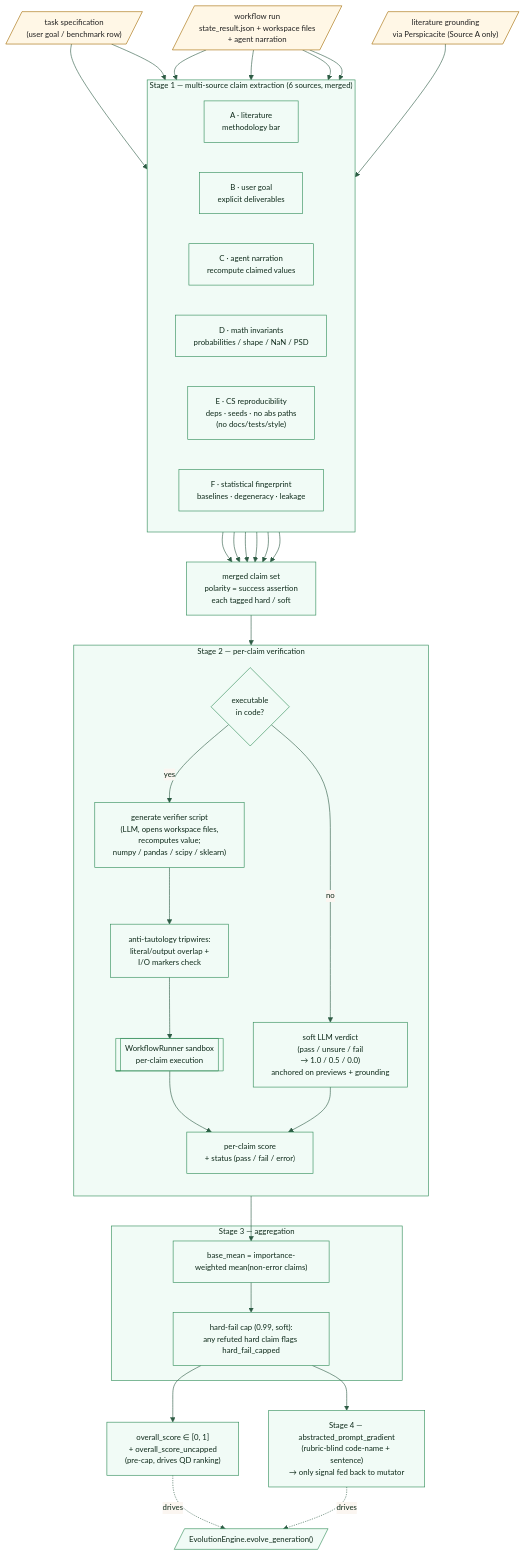
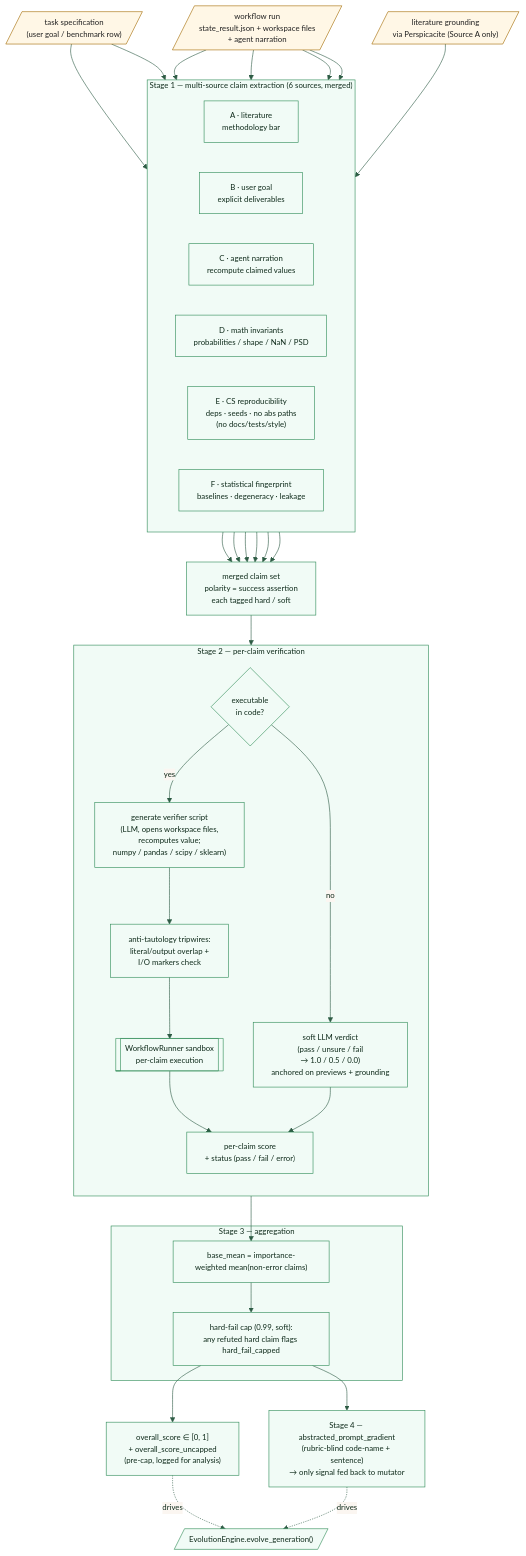
One commit to HolobiomicsLab/Mimosa-AI changed the diagram in docs/diagrams/verifiers_judge.mermaid. Above: the diagram before and after it, drawn with Mermaid. The commit also changed 89 other files, not shown here.

```diff
--- a/docs/diagrams/verifiers_judge.mermaid
+++ b/docs/diagrams/verifiers_judge.mermaid
@@ -1,78 +1,78 @@
 %%{init: {"theme": "base", "themeVariables": {
   "primaryColor": "#F1FBF6",
   "primaryBorderColor": "#2E8B57",
   "primaryTextColor": "#0E2A1A",
   "lineColor": "#2E5C45",
   "fontSize": "13px"
 }} }%%
 flowchart TB
     %% ===== inputs =====
     Run[/"workflow run<br/>state_result.json + workspace files<br/>+ agent narration"/]
     TaskSpec[/"task specification<br/>(user goal / benchmark row)"/]
     Lit[/"literature grounding<br/>via Perspicacite (Source A only)"/]
 
     %% ===== Stage 1: multi-source claim extraction =====
     subgraph Extract["Stage 1 — multi-source claim extraction (6 sources, merged)"]
         direction LR
         SA["A · literature<br/>methodology bar"]
         SB["B · user goal<br/>explicit deliverables"]
         SC["C · agent narration<br/>recompute claimed values"]
         SD["D · math invariants<br/>probabilities / shape / NaN / PSD"]
         SE["E · CS reproducibility<br/>deps · seeds · no abs paths<br/>(no docs/tests/style)"]
         SF["F · statistical fingerprint<br/>baselines · degeneracy · leakage"]
     end
     TaskSpec --> SA
     TaskSpec --> SB
     Run --> SC
     Run --> SD
     Run --> SE
     Run --> SF
     Lit --> SA
 
     Claims["merged claim set<br/>polarity = success assertion<br/>each tagged hard / soft"]
     SA --> Claims
     SB --> Claims
     SC --> Claims
     SD --> Claims
     SE --> Claims
     SF --> Claims
 
     %% ===== Stage 2: per-claim verification =====
     subgraph Pipeline["Stage 2 — per-claim verification"]
         direction TB
         Classify{"executable<br/>in code?"}
         GenScript["generate verifier script<br/>(LLM, opens workspace files,<br/>recomputes value;<br/>numpy / pandas / scipy / sklearn)"]
         AntiTaut["anti-tautology tripwires:<br/>literal/output overlap +<br/>I/O markers check"]
         Sandbox[["WorkflowRunner sandbox<br/>per-claim execution"]]
         Soft["soft LLM verdict<br/>(pass / unsure / fail<br/>→ 1.0 / 0.5 / 0.0)<br/>anchored on previews + grounding"]
         ScoreClaim["per-claim score<br/>+ status (pass / fail / error)"]
     end
 
     Claims --> Classify
     Classify -- yes --> GenScript
     GenScript --> AntiTaut
     AntiTaut --> Sandbox
     Sandbox --> ScoreClaim
     Classify -- no --> Soft
     Soft --> ScoreClaim
 
     %% ===== Stage 3: aggregation =====
     subgraph Aggregate["Stage 3 — aggregation"]
         Mean["base_mean = importance-weighted mean(non-error claims)"]
         Cap["hard-fail cap (0.99, soft):<br/>any refuted hard claim flags hard_fail_capped"]
     end
 
     ScoreClaim --> Mean
     Mean --> Cap
 
     %% ===== Stage 4: abstracted prompt gradient =====
-    Cap --> Overall["overall_score ∈ [0, 1]<br/>+ overall_score_uncapped<br/>(pre-cap, drives QD ranking)"]
+    Cap --> Overall["overall_score ∈ [0, 1]<br/>+ overall_score_uncapped<br/>(pre-cap, logged for analysis)"]
     Cap --> Diag["Stage 4 — abstracted_prompt_gradient<br/>(rubric-blind code-name + sentence)<br/>→ only signal fed back to mutator"]
     Overall -. drives .-> Loop[/"EvolutionEngine.evolve_generation()"/]
     Diag -. drives .-> Loop
 
     %% ===== styling =====
     classDef stage fill:#F1FBF6,stroke:#2E8B57,stroke-width:1px,color:#0E2A1A;
     classDef external fill:#FFF7E6,stroke:#A36A00,color:#202020;
     class Extract,Pipeline,Aggregate stage;
     class Run,TaskSpec,Lit external;
```
